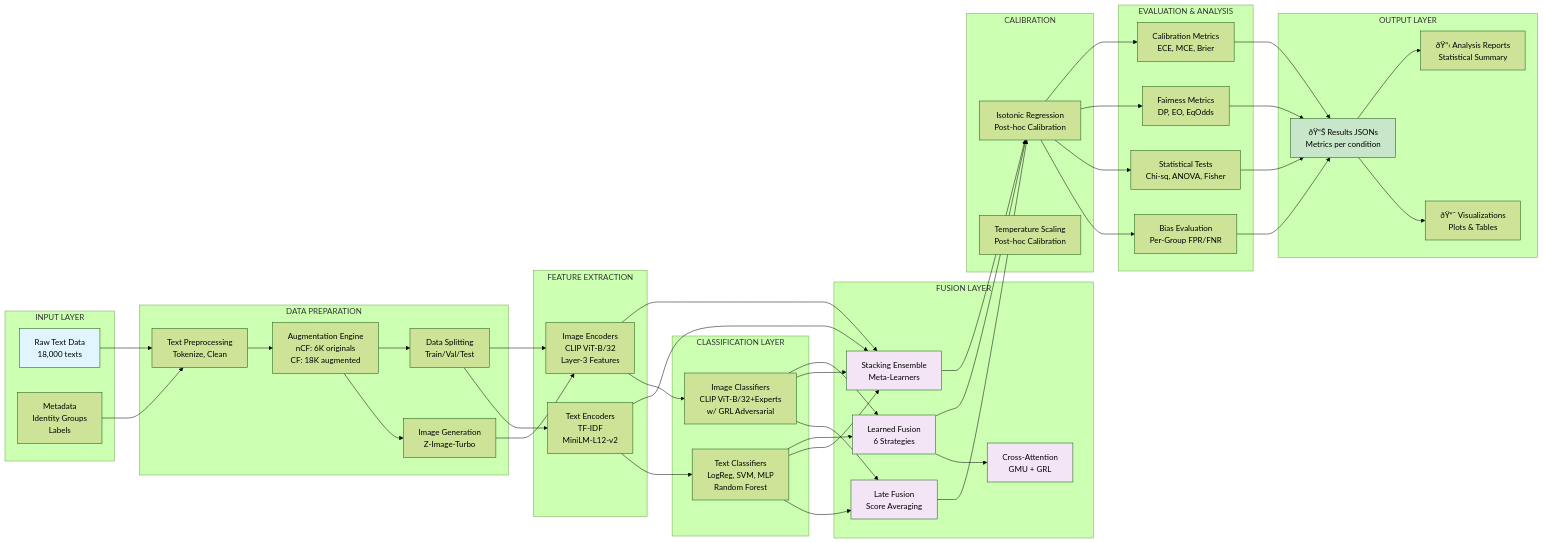
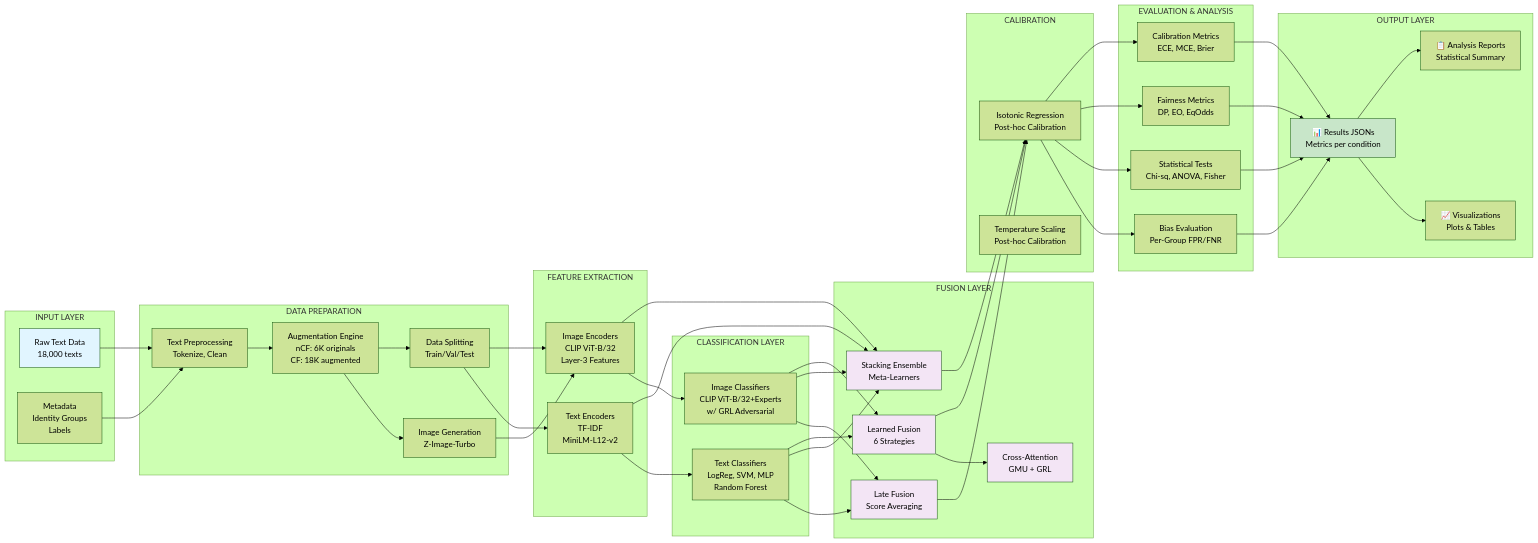
Before and after one commit to anonymous5987169-sys/COUNTER-HATE-Multimodal-Counterfactual-Augmentation-for-Bias-Aware-Hate-Speech-Detection: the second of 9 diagrams in Docs/Architectures.md, drawn with Mermaid (forest theme). The commit also changed other lines of this file, not shown here.

```diff
--- a/Docs/Architectures.md
+++ b/Docs/Architectures.md
@@ -92,9 +93,9 @@
     end
     
     subgraph "OUTPUT LAYER"
-        U["ðŸ“Š Results JSONs<br/>Metrics per condition"]
-        V["ðŸ“ˆ Visualizations<br/>Plots & Tables"]
-        W["ðŸ“‹ Analysis Reports<br/>Statistical Summary"]
+        U["📊 Results JSONs<br/>Metrics per condition"]
+        V["📈 Visualizations<br/>Plots & Tables"]
+        W["📋 Analysis Reports<br/>Statistical Summary"]
     end
     
     A --> C
```
